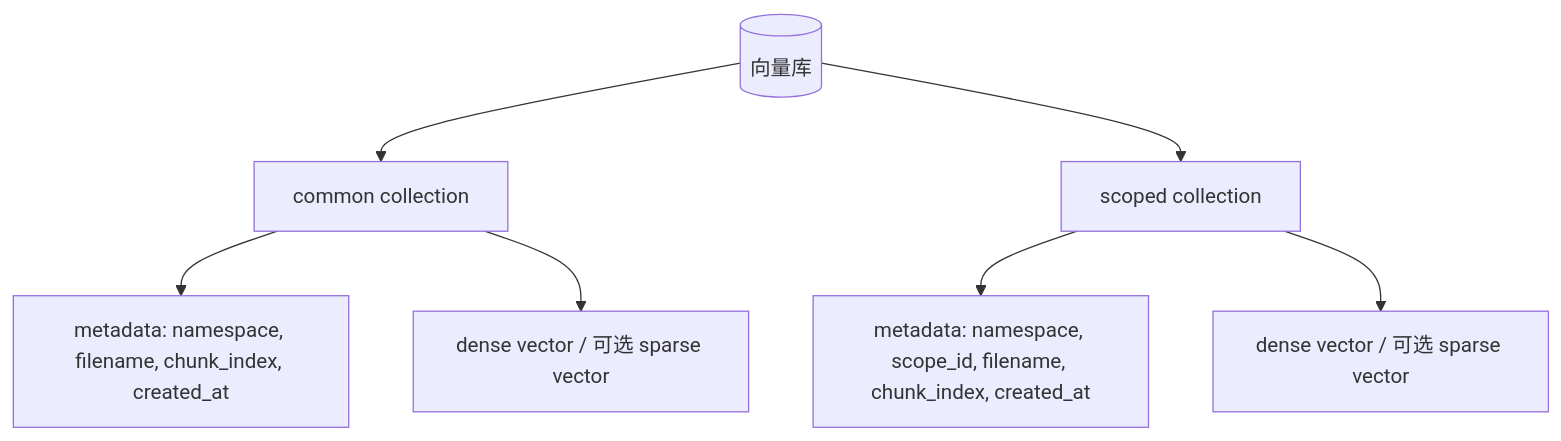
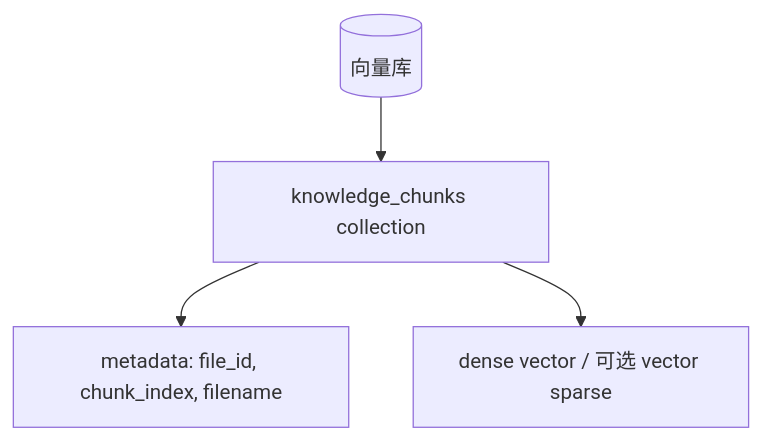
One commit to guobinqiu/new_brain changed the second of 4 diagrams in docs/architecture.md. Above: the diagram before and after it, drawn with Mermaid. The commit also changed other lines of this file and 72 other files, not shown here.

````diff
--- a/docs/architecture.md
+++ b/docs/architecture.md
@@ -86,12 +95,9 @@
 ```mermaid
 flowchart TB
-  DB[("向量库")]
-  DB --> Common["common collection"]
-  DB --> Scoped["scoped collection"]
+  VectorDB[("向量库")]
 
-  Common --> CommonPayload["metadata: namespace, filename, chunk_index, created_at"]
-  Scoped --> ScopedPayload["metadata: namespace, scope_id, filename, chunk_index, created_at"]
+  VectorDB --> Chunks["knowledge_chunks collection"]
 
-  Common --> CommonVectors["dense vector / 可选 sparse vector"]
-  Scoped --> ScopedVectors["dense vector / 可选 sparse vector"]
+  Chunks --> Metadata["metadata: file_id, chunk_index, filename"]
+  Chunks --> Vectors["dense vector / 可选 vector sparse"]
 ```
````
